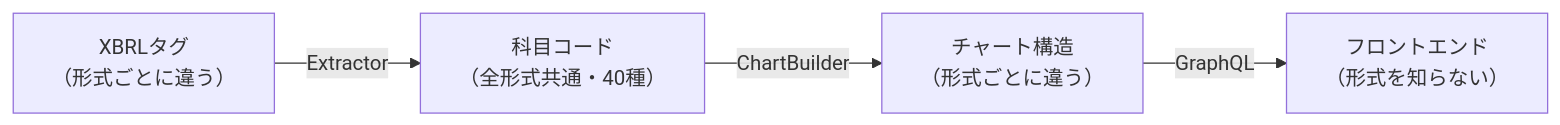
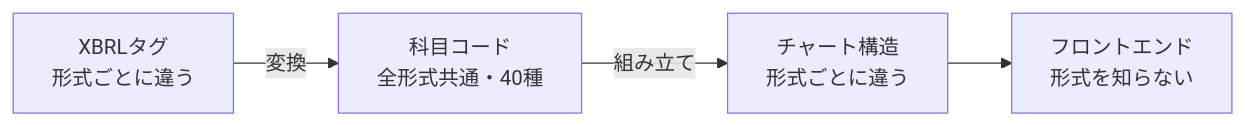
One commit to shin4488/financial-statement changed the third of 8 diagrams in docs/guide/04_system_overview.md. Above: the diagram before and after it, drawn with Mermaid. The commit also changed other lines of this file, not shown here.

Commit message:
change: 04を問い→答えの構成に再編（節見出しに層番号を付与、契約と登録表を表・コードで図示）

````diff
--- a/docs/guide/04_system_overview.md
+++ b/docs/guide/04_system_overview.md
@@ -80,6 +113,6 @@
 ```mermaid
 flowchart LR
-    X["XBRLタグ<br>（形式ごとに違う）"] -->|Extractor| C["科目コード<br>（全形式共通・40種）"]
-    C -->|ChartBuilder| Chart["チャート構造<br>（形式ごとに違う）"]
-    Chart -->|GraphQL| F["フロントエンド<br>（形式を知らない）"]
+    X["XBRLタグ<br>形式ごとに違う"] -->|変換| C["科目コード<br>全形式共通・40種"]
+    C -->|組み立て| Chart["チャート構造<br>形式ごとに違う"]
+    Chart --> F["フロントエンド<br>形式を知らない"]
 ```
````
